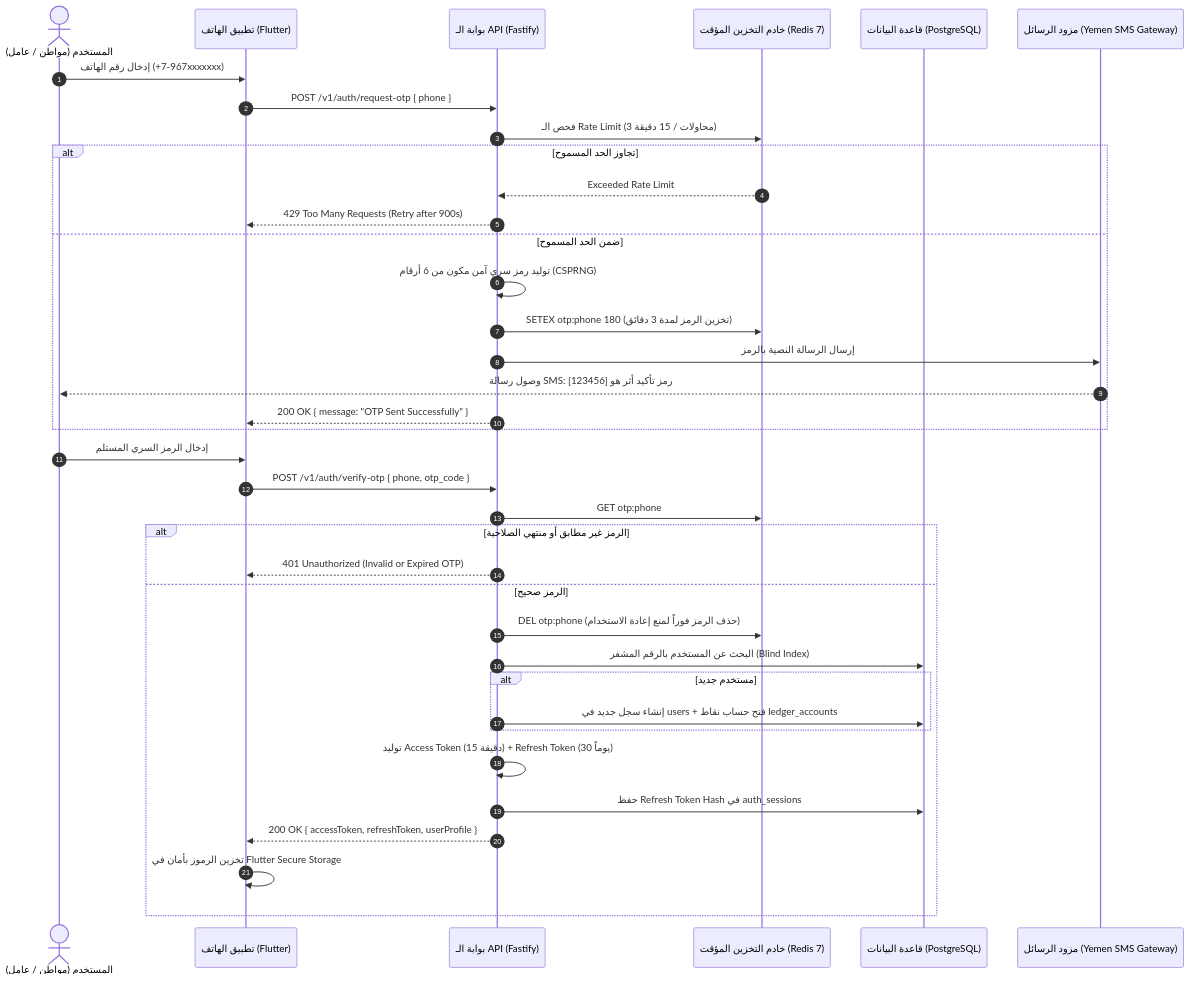
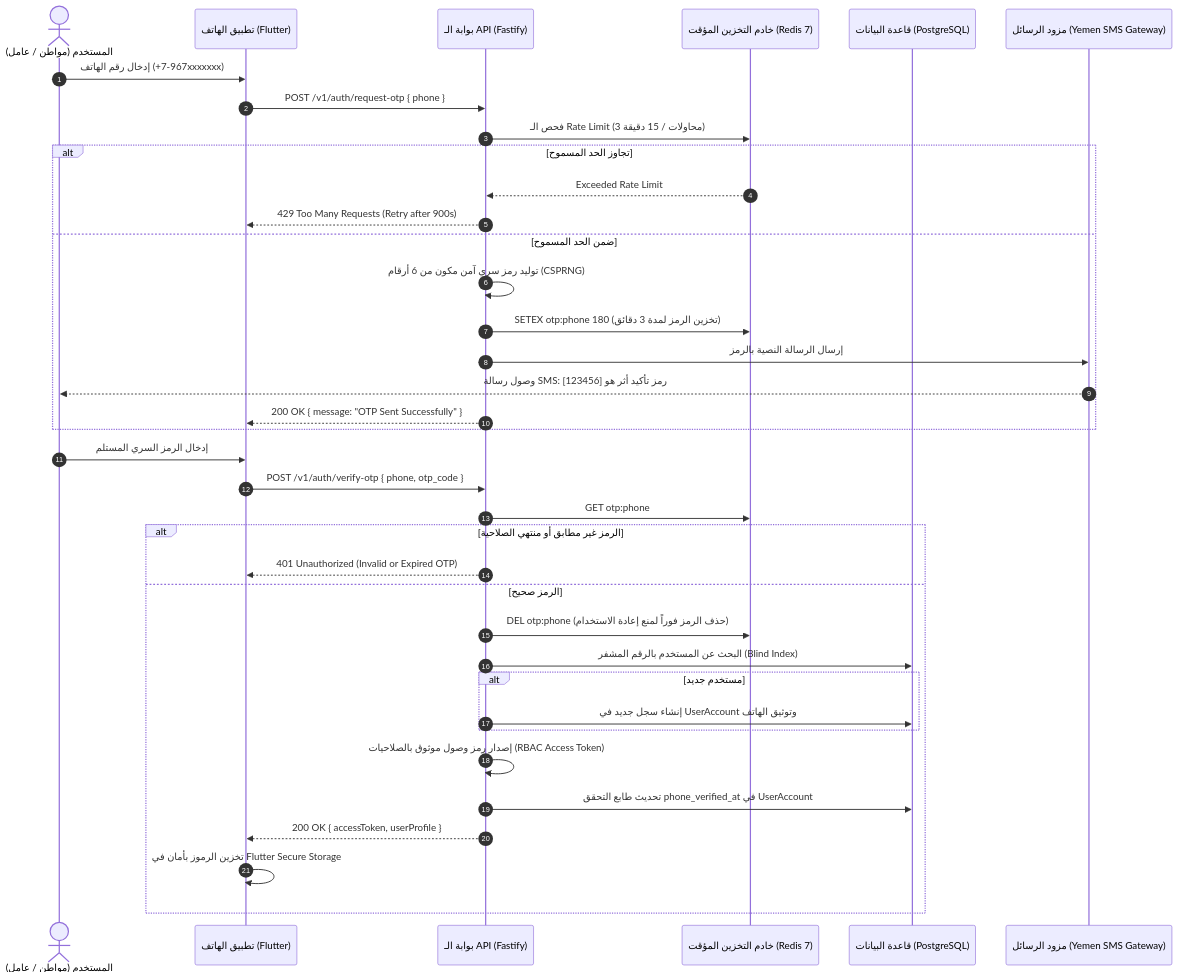
One commit to A-S-Y/Athar changed the first of 4 diagrams in docs/03-flows-and-logic/sequences.md. Above: the diagram before and after it, drawn with Mermaid. The commit also changed other lines of this file and 9 other files, not shown here.

````diff
--- a/docs/03-flows-and-logic/sequences.md
+++ b/docs/03-flows-and-logic/sequences.md
@@ -12,42 +12,42 @@
 ```mermaid
 sequenceDiagram
     autonumber
     actor User as المستخدم (مواطن / عامل)
     participant App as تطبيق الهاتف (Flutter)
     participant Gateway as بوابة الـ API (Fastify)
     participant Redis as خادم التخزين المؤقت (Redis 7)
     participant DB as قاعدة البيانات (PostgreSQL)
     participant SMS as مزود الرسائل (Yemen SMS Gateway)
 
     User->>App: إدخال رقم الهاتف (+967-7xxxxxxx)
     App->>Gateway: POST /v1/auth/request-otp { phone }
     
     Gateway->>Redis: فحص الـ Rate Limit (3 محاولات / 15 دقيقة)
     alt تجاوز الحد المسموح
         Redis-->>Gateway: Exceeded Rate Limit
         Gateway-->>App: 429 Too Many Requests (Retry after 900s)
     else ضمن الحد المسموح
         Gateway->>Gateway: توليد رمز سري آمن مكون من 6 أرقام (CSPRNG)
         Gateway->>Redis: SETEX otp:phone 180 (تخزين الرمز لمدة 3 دقائق)
         Gateway->>SMS: إرسال الرسالة النصية بالرمز
         SMS-->>User: وصول رسالة SMS: رمز تأكيد أثر هو [123456]
         Gateway-->>App: 200 OK { message: "OTP Sent Successfully" }
     end
 
     User->>App: إدخال الرمز السري المستلم
     App->>Gateway: POST /v1/auth/verify-otp { phone, otp_code }
     Gateway->>Redis: GET otp:phone
     alt الرمز غير مطابق أو منتهي الصلاحية
         Gateway-->>App: 401 Unauthorized (Invalid or Expired OTP)
     else الرمز صحيح
         Gateway->>Redis: DEL otp:phone (حذف الرمز فوراً لمنع إعادة الاستخدام)
         Gateway->>DB: البحث عن المستخدم بالرقم المشفر (Blind Index)
         alt مستخدم جديد
-            Gateway->>DB: إنشاء سجل جديد في users + فتح حساب نقاط ledger_accounts
+            Gateway->>DB: إنشاء سجل جديد في UserAccount وتوثيق الهاتف
         end
-        Gateway->>Gateway: توليد Access Token (15 دقيقة) + Refresh Token (30 يوماً)
-        Gateway->>DB: حفظ Refresh Token Hash في auth_sessions
-        Gateway-->>App: 200 OK { accessToken, refreshToken, userProfile }
+        Gateway->>Gateway: إصدار رمز وصول موثوق بالصلاحيات (RBAC Access Token)
+        Gateway->>DB: تحديث طابع التحقق phone_verified_at في UserAccount
+        Gateway-->>App: 200 OK { accessToken, userProfile }
         App->>App: تخزين الرموز بأمان في Flutter Secure Storage
     end
 ```
````
